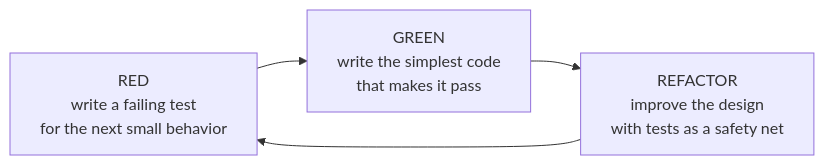
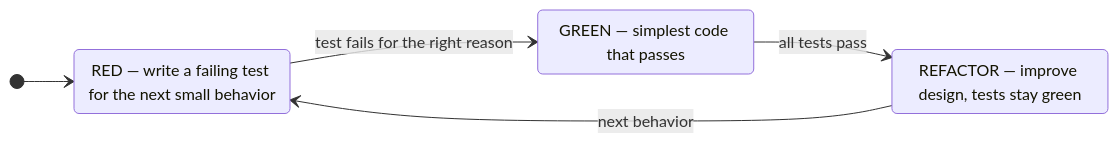
Before and after one commit to AndrewAltimit/Documentation: the second of 5 diagrams in github-pages/docs/testing/unit-and-integration.md, drawn with Mermaid. The commit also changed other lines of this file and 240 other files, not shown here.

````diff
--- a/github-pages/docs/testing/unit-and-integration.md
+++ b/github-pages/docs/testing/unit-and-integration.md
@@ -183,6 +185,11 @@
 ```mermaid
-flowchart LR
-    Red["RED<br/>write a failing test<br/>for the next small behavior"] --> Green["GREEN<br/>write the simplest code<br/>that makes it pass"]
-    Green --> Refactor["REFACTOR<br/>improve the design<br/>with tests as a safety net"]
-    Refactor --> Red
+stateDiagram-v2
+    direction LR
+    Red: RED — write a failing test for the next small behavior
+    Green: GREEN — simplest code that passes
+    Refactor: REFACTOR — improve design, tests stay green
+    [*] --> Red
+    Red --> Green: test fails for the right reason
+    Green --> Refactor: all tests pass
+    Refactor --> Red: next behavior
 ```
````
